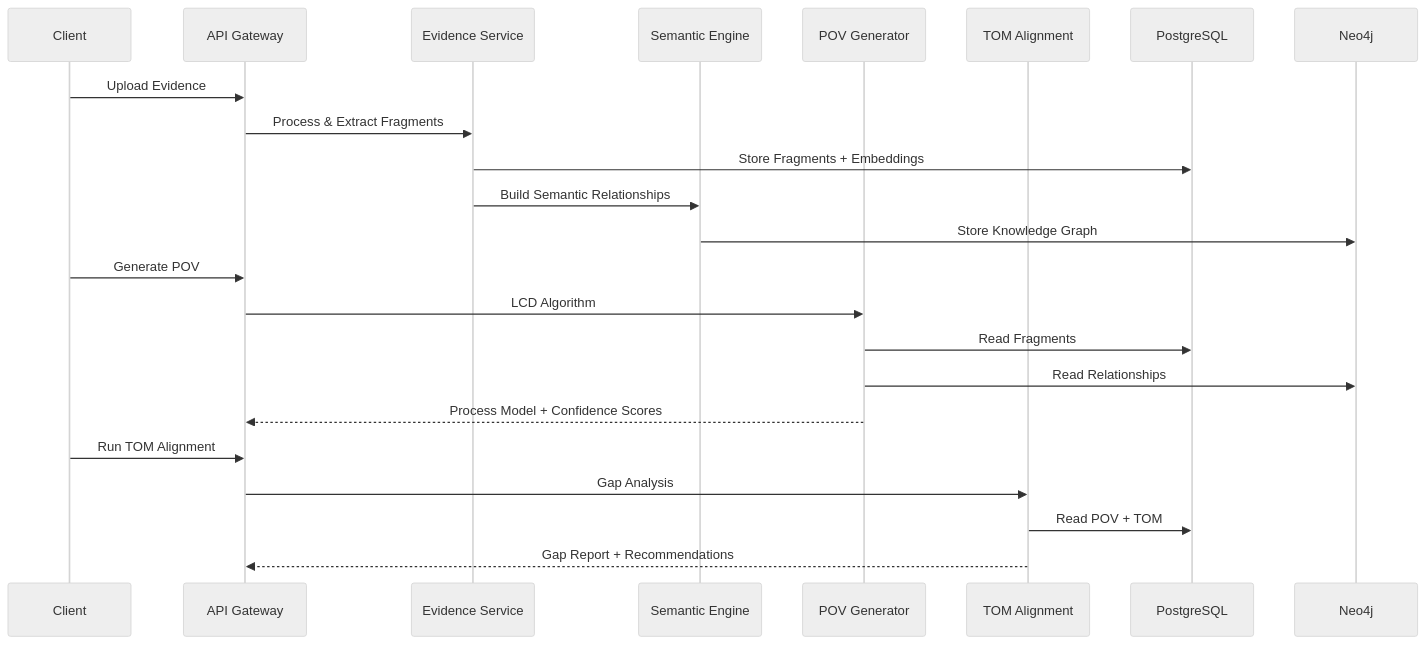
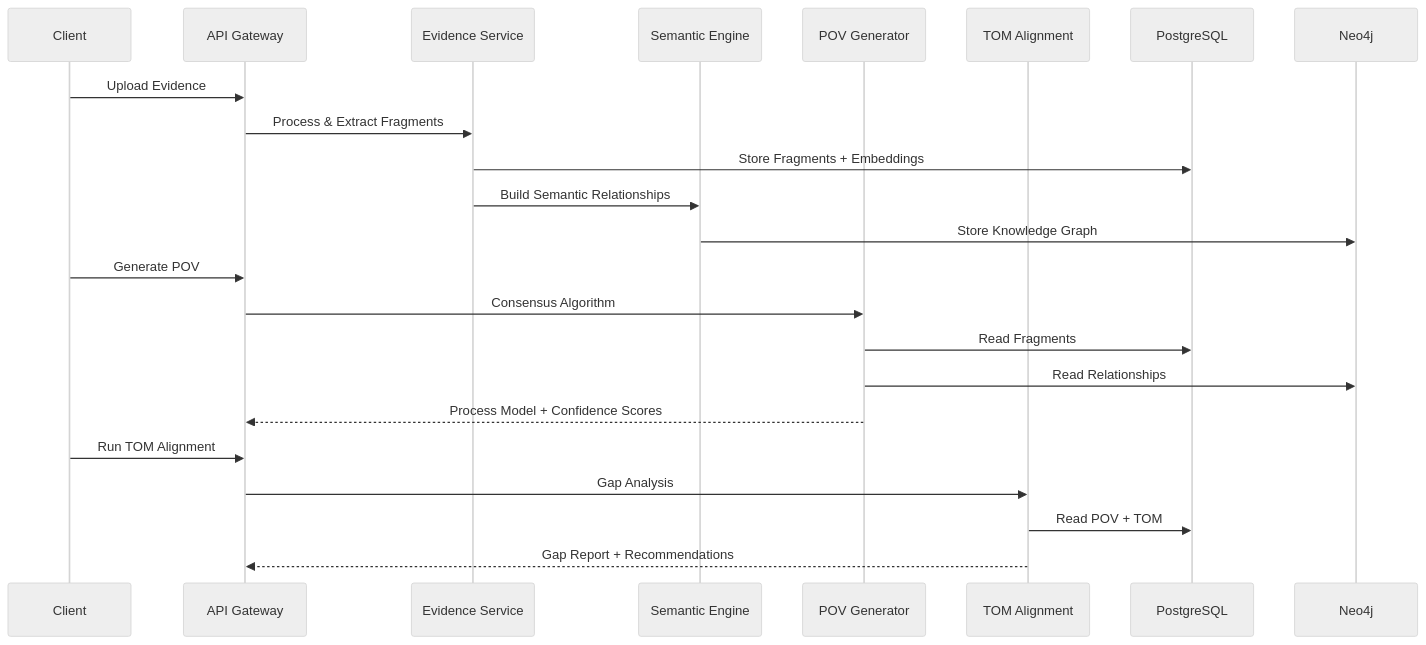
The second of 3 diagrams in docs/architecture.md (proth1/kmflow), drawn with Mermaid (neutral theme) before and after one commit. The commit also changed 46 other files, not shown here.

First line of the commit message:
Rename LCD → Consensus Algorithm across entire codebase (#581) (#582)

````diff
--- a/docs/architecture.md
+++ b/docs/architecture.md
@@ -44,26 +44,26 @@
 ```mermaid
 sequenceDiagram
     participant C as Client
     participant A as API Gateway
     participant E as Evidence Service
     participant S as Semantic Engine
     participant P as POV Generator
     participant T as TOM Alignment
     participant DB as PostgreSQL
     participant G as Neo4j
 
     C->>A: Upload Evidence
     A->>E: Process & Extract Fragments
     E->>DB: Store Fragments + Embeddings
     E->>S: Build Semantic Relationships
     S->>G: Store Knowledge Graph
     C->>A: Generate POV
-    A->>P: LCD Algorithm
+    A->>P: Consensus Algorithm
     P->>DB: Read Fragments
     P->>G: Read Relationships
     P-->>A: Process Model + Confidence Scores
     C->>A: Run TOM Alignment
     A->>T: Gap Analysis
     T->>DB: Read POV + TOM
     T-->>A: Gap Report + Recommendations
 ```
````
